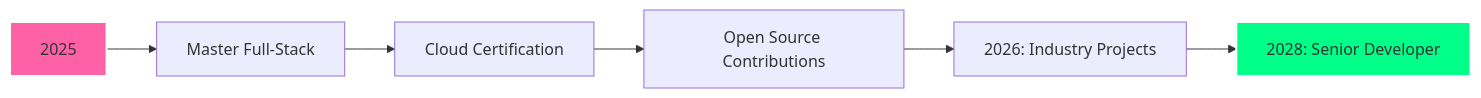
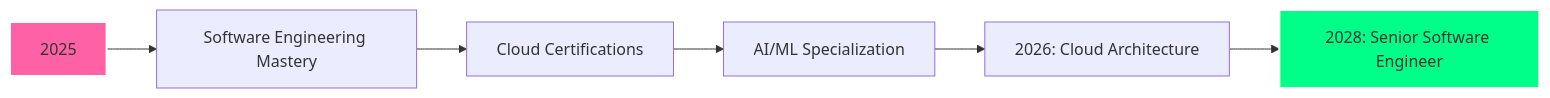
The diagram in README.md (reezmahanan/reezmahanan), drawn with Mermaid before and after one commit. The commit also changed other lines of this file, not shown here.

````diff
--- a/README.md
+++ b/README.md
@@ -317,10 +318,10 @@
 ```mermaid
 graph LR
-    A[2025] --> B[Master Full-Stack]
-    B --> C[Cloud Certification]
-    C --> D[Open Source Contributions]
-    D --> E[2026: Industry Projects]
-    E --> F[2028: Senior Developer]
+    A[2025] --> B[Software Engineering Mastery]
+    B --> C[Cloud Certifications]
+    C --> D[AI/ML Specialization]
+    D --> E[2026: Cloud Architecture]
+    E --> F[2028: Senior Software Engineer]
     style A fill:#ff61a6,stroke:#fff,stroke-width:2px
     style F fill:#00ff88,stroke:#fff,stroke-width:2px
 ```
````
